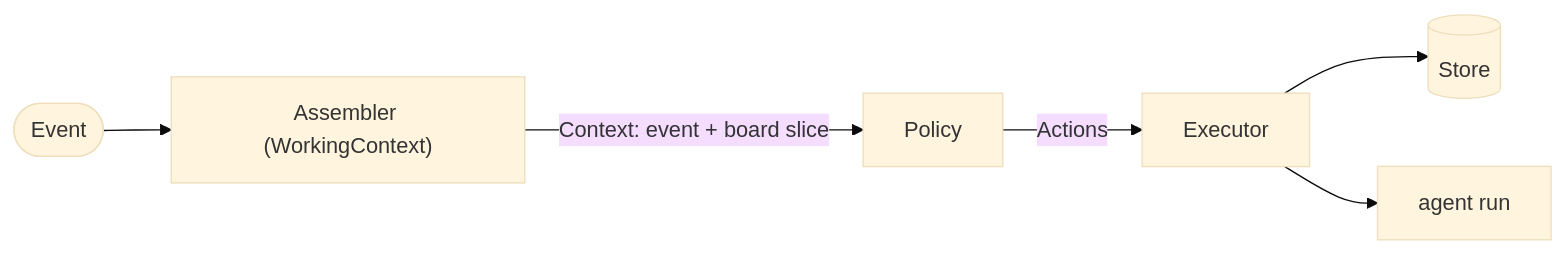
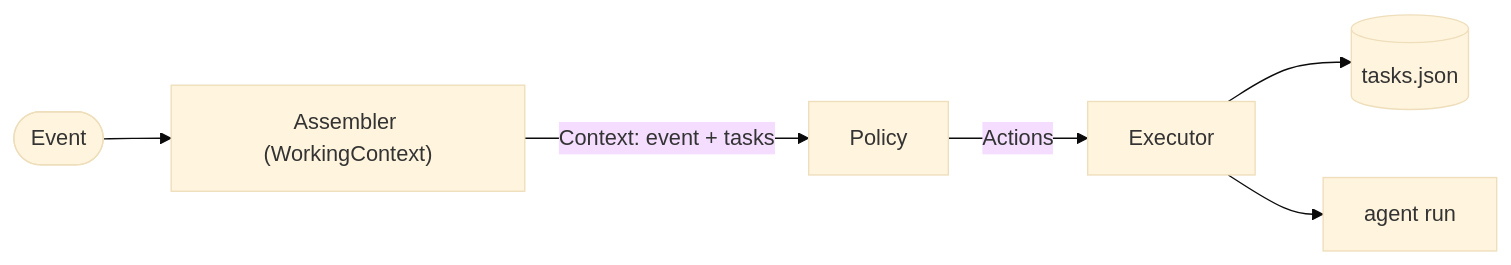
The second of 4 diagrams in docs/architecture.md (jwarykowski/drover), drawn with Mermaid (base theme) before and after one commit. The commit also changed other lines of this file and 17 other files, not shown here.

````diff
--- a/docs/architecture.md
+++ b/docs/architecture.md
@@ -47,8 +66,8 @@
 ```mermaid
 flowchart LR
     E([Event]) --> A["Assembler (WorkingContext)"]
-    A -->|Context: event + board slice| P[Policy]
+    A -->|"Context: event + tasks"| P[Policy]
     P -->|Actions| X[Executor]
-    X --> S[(Store)]
+    X --> S[(tasks.json)]
     X --> AG[agent run]
 ```
````
